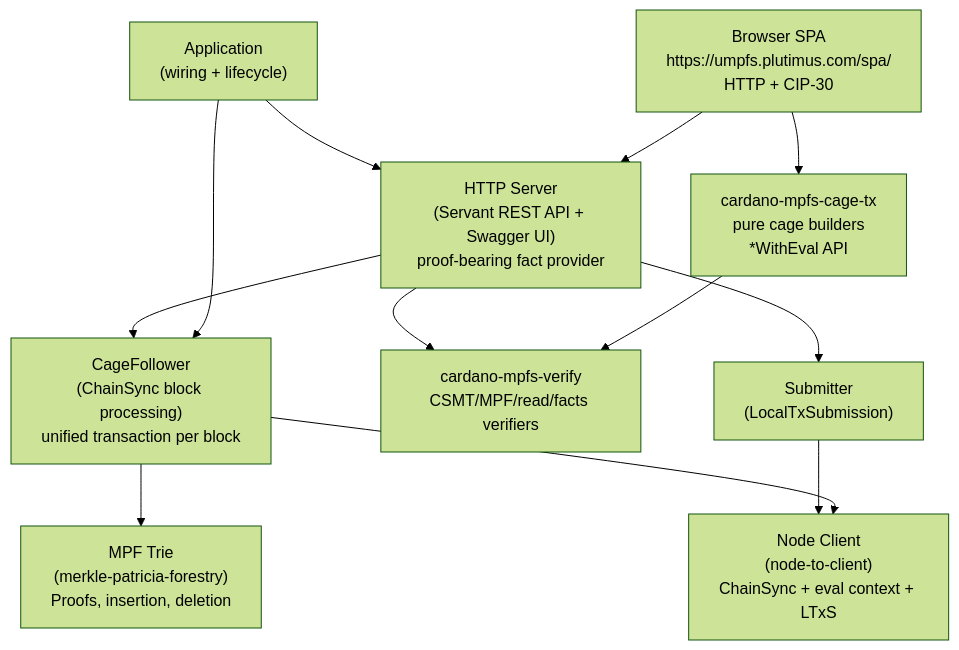
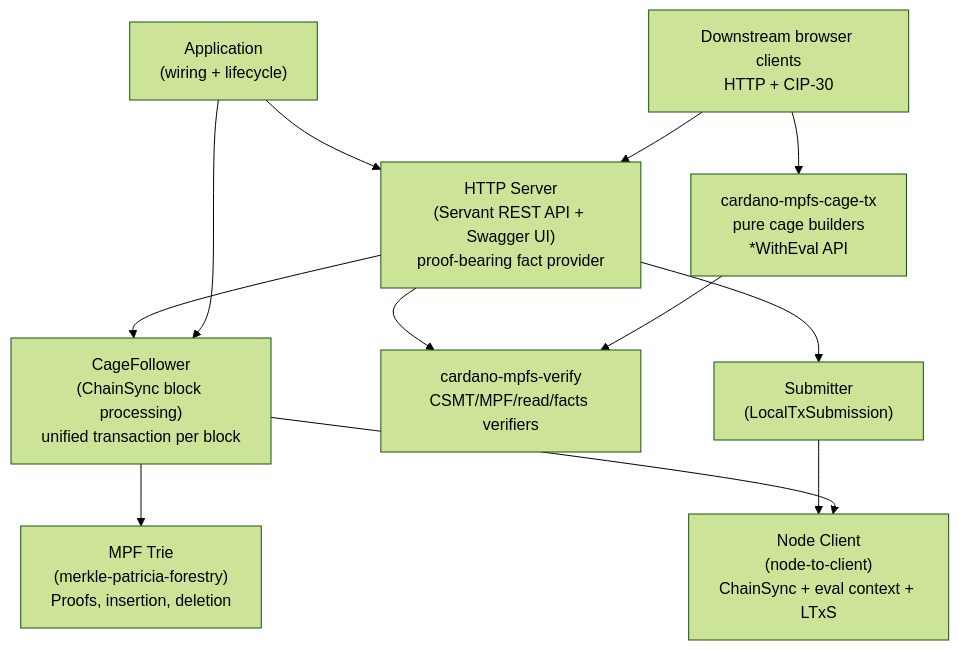
The first of 5 diagrams in docs/architecture/overview.md (lambdasistemi/cardano-mpfs-offchain), drawn with Mermaid (forest theme) before and after one commit. The commit also changed other lines of this file and 50 other files, not shown here.

````diff
--- a/docs/architecture/overview.md
+++ b/docs/architecture/overview.md
@@ -5,23 +5,23 @@
 ```mermaid
 flowchart TD
     app["Application<br/>(wiring + lifecycle)"]
     http["HTTP Server<br/>(Servant REST API + Swagger UI)<br/>proof-bearing fact provider"]
     idx["CageFollower<br/>(ChainSync block processing)<br/>unified transaction per block"]
     mpf["MPF Trie<br/>(merkle-patricia-forestry)<br/>Proofs, insertion, deletion"]
     verify["cardano-mpfs-verify<br/>CSMT/MPF/read/facts verifiers"]
     cageTx["cardano-mpfs-cage-tx<br/>pure cage builders<br/>*WithEval API"]
-    spa["Browser SPA<br/>https://umpfs.plutimus.com/spa/<br/>HTTP + CIP-30"]
+    browser["Downstream browser clients<br/>HTTP + CIP-30"]
     submit["Submitter<br/>(LocalTxSubmission)"]
     n2c["Node Client<br/>(node-to-client)<br/>ChainSync + eval context + LTxS"]
 
     app --> http
     http --> verify
     http --> idx
     app --> idx --> mpf
-    spa --> http
-    spa --> cageTx
+    browser --> http
+    browser --> cageTx
     cageTx --> verify
     http --> submit
     submit --> n2c
     idx --> n2c
 ```
````
